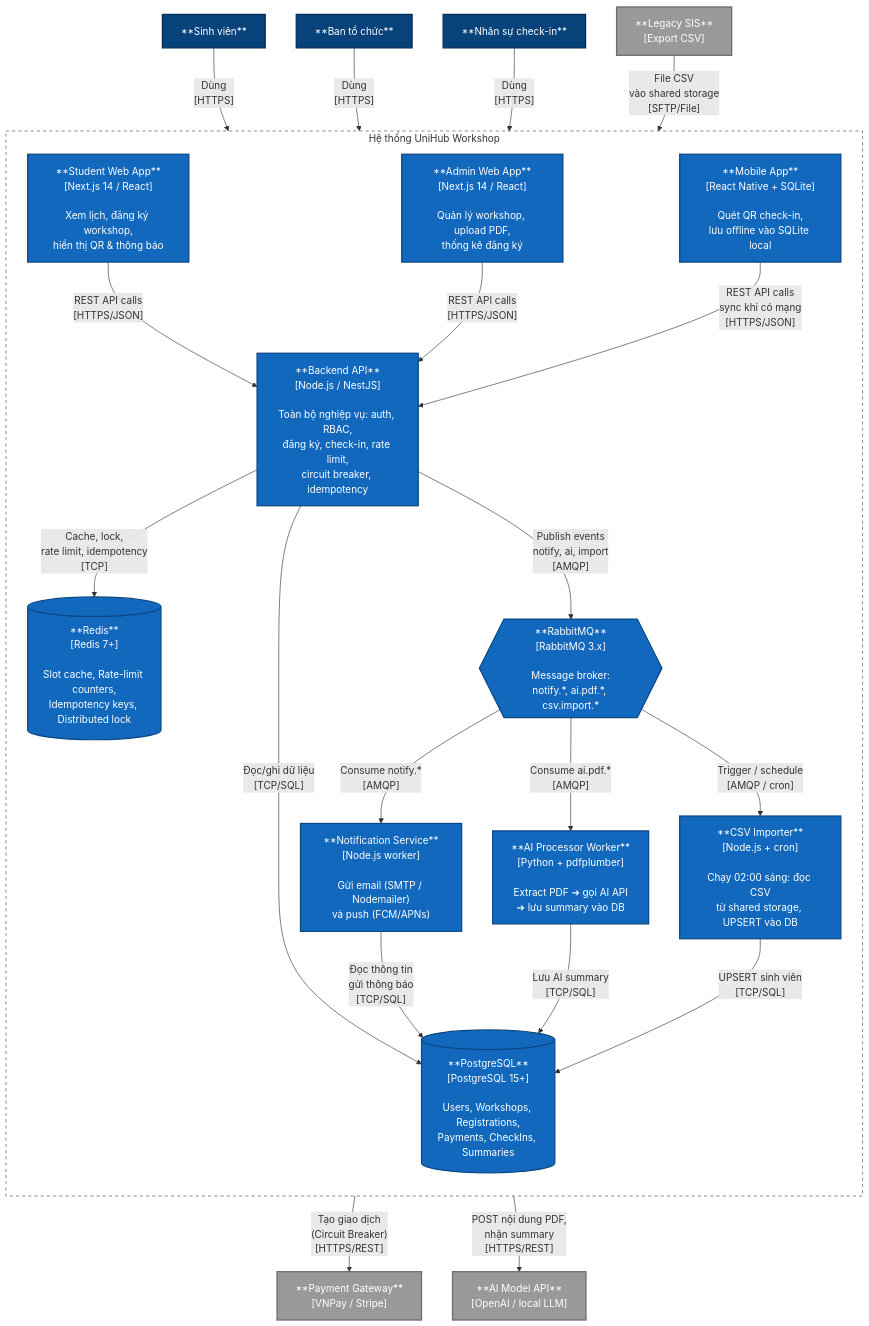
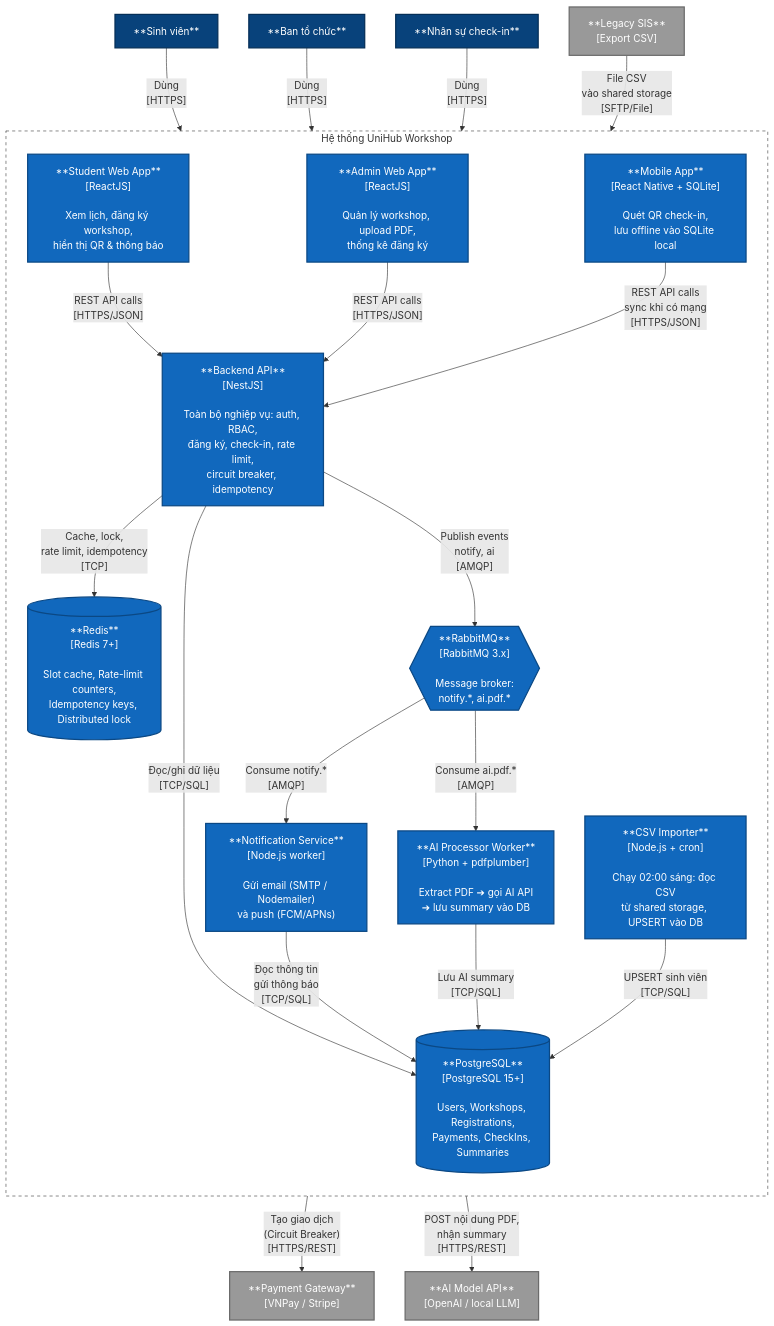
The second of 7 diagrams in blueprint/design.md (tqthienda1/UniHub), drawn with Mermaid before and after one commit. The commit also changed other lines of this file and 1 other file, not shown here.

````diff
--- a/blueprint/design.md
+++ b/blueprint/design.md
@@ -142,66 +144,64 @@
-<div class="mermaid">
+```mermaid
     flowchart TD
         %% Định nghĩa bảng màu mô phỏng chuẩn C4
         classDef person fill:#08427B,stroke:#052E56,color:#FFFFFF,stroke-width:2px
         classDef container fill:#1168BD,stroke:#0B4884,color:#FFFFFF,stroke-width:2px
         classDef external fill:#999999,stroke:#6B6B6B,color:#FFFFFF,stroke-width:2px
 
         %% Các hệ thống bên ngoài
         payment["**Payment Gateway**<br/>[VNPay / Stripe]"]:::external
         ai_api["**AI Model API**<br/>[OpenAI / local LLM]"]:::external
         legacy_sis["**Legacy SIS**<br/>[Export CSV]"]:::external
 
         %% Người dùng (Sử dụng hình chữ nhật thay cho icon người)
         student["**Sinh viên**"]:::person
         organizer["**Ban tổ chức**"]:::person
         checkin_staff["**Nhân sự check-in**"]:::person
 
         %% Ranh giới Hệ thống (System Boundary)
         subgraph unihub_boundary ["Hệ thống UniHub Workshop"]
             direction TB
 
-            web_student["**Student Web App**<br/>[Next.js 14 / React]<br/><br/>Xem lịch, đăng ký workshop,<br/>hiển thị QR & thông báo"]:::container
-            web_admin["**Admin Web App**<br/>[Next.js 14 / React]<br/><br/>Quản lý workshop, upload PDF,<br/>thống kê đăng ký"]:::container
+            web_student["**Student Web App**<br/>[ReactJS]<br/><br/>Xem lịch, đăng ký workshop,<br/>hiển thị QR & thông báo"]:::container
+            web_admin["**Admin Web App**<br/>[ReactJS]<br/><br/>Quản lý workshop, upload PDF,<br/>thống kê đăng ký"]:::container
             mobile_app["**Mobile App**<br/>[React Native + SQLite]<br/><br/>Quét QR check-in,<br/>lưu offline vào SQLite local"]:::container
 
-            backend_api["**Backend API**<br/>[Node.js / NestJS]<br/><br/>Toàn bộ nghiệp vụ: auth, RBAC,<br/>đăng ký, check-in, rate limit,<br/>circuit breaker, idempotency"]:::container
+            backend_api["**Backend API**<br/>[NestJS]<br/><br/>Toàn bộ nghiệp vụ: auth, RBAC,<br/>đăng ký, check-in, rate limit,<br/>circuit breaker, idempotency"]:::container
 
             postgres[("**PostgreSQL**<br/>[PostgreSQL 15+]<br/><br/>Users, Workshops, Registrations,<br/>Payments, CheckIns, Summaries")]:::container
             redis[("**Redis**<br/>[Redis 7+]<br/><br/>Slot cache, Rate-limit counters,<br/>Idempotency keys, Distributed lock")]:::container
 
-            broker{{"**RabbitMQ**<br/>[RabbitMQ 3.x]<br/><br/>Message broker:<br/>notify.*, ai.pdf.*, csv.import.*"}}:::container
+            broker{{"**RabbitMQ**<br/>[RabbitMQ 3.x]<br/><br/>Message broker:<br/>notify.*, ai.pdf.*"}}:::container
 
             notif_svc["**Notification Service**<br/>[Node.js worker]<br/><br/>Gửi email (SMTP / Nodemailer)<br/>và push (FCM/APNs)"]:::container
             ai_worker["**AI Processor Worker**<br/>[Python + pdfplumber]<br/><br/>Extract PDF ➔ gọi AI API<br/>➔ lưu summary vào DB"]:::container
             csv_importer["**CSV Importer**<br/>[Node.js + cron]<br/><br/>Chạy 02:00 sáng: đọc CSV<br/>từ shared storage, UPSERT vào DB"]:::container
         end
 
         %% Các luồng tương tác (Bao gồm cả giao thức)
         student -->|"Dùng<br/>[HTTPS]"| web_student
         organizer -->|"Dùng<br/>[HTTPS]"| web_admin
         checkin_staff -->|"Dùng<br/>[HTTPS]"| mobile_app
 
         web_student -->|"REST API calls<br/>[HTTPS/JSON]"| backend_api
         web_admin -->|"REST API calls<br/>[HTTPS/JSON]"| backend_api
         mobile_app -->|"REST API calls<br/>sync khi có mạng<br/>[HTTPS/JSON]"| backend_api
 
         backend_api -->|"Đọc/ghi dữ liệu<br/>[TCP/SQL]"| postgres
         backend_api -->|"Cache, lock,<br/>rate limit, idempotency<br/>[TCP]"| redis
-        backend_api -->|"Publish events<br/>notify, ai, import<br/>[AMQP]"| broker
+        backend_api -->|"Publish events<br/>notify, ai<br/>[AMQP]"| broker
         backend_api -->|"Tạo giao dịch<br/>(Circuit Breaker)<br/>[HTTPS/REST]"| payment
 
         broker -->|"Consume notify.*<br/>[AMQP]"| notif_svc
         broker -->|"Consume ai.pdf.*<br/>[AMQP]"| ai_worker
-        broker -->|"Trigger / schedule<br/>[AMQP / cron]"| csv_importer
 
         notif_svc -->|"Đọc thông tin<br/>gửi thông báo<br/>[TCP/SQL]"| postgres
         ai_worker -->|"POST nội dung PDF,<br/>nhận summary<br/>[HTTPS/REST]"| ai_api
         ai_worker -->|"Lưu AI summary<br/>[TCP/SQL]"| postgres
         csv_importer -->|"UPSERT sinh viên<br/>[TCP/SQL]"| postgres
 
         legacy_sis -->|"File CSV<br/>vào shared storage<br/>[SFTP/File]"| csv_importer
 
         %% Định dạng nét đứt cho viền hệ thống (Boundary)
         style unihub_boundary fill:none,stroke:#444444,stroke-width:1px,stroke-dasharray: 5 5
-
-</div>
+```
````
